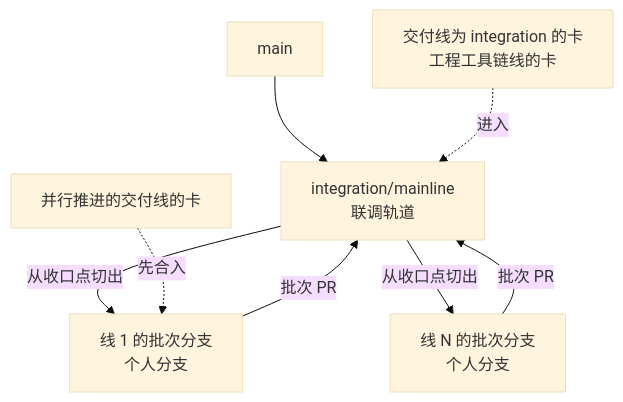
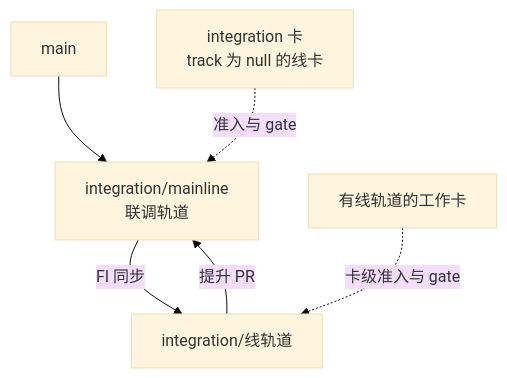
One commit to nemori-ai/omne-harness-lite changed the first of 2 diagrams in docs/engineering/integration.md. Above: the diagram before and after it, drawn with Mermaid (base theme). The commit also changed other lines of this file and 22 other files, not shown here.

````diff
--- a/docs/engineering/integration.md
+++ b/docs/engineering/integration.md
@@ -65,10 +66,8 @@
 ```mermaid
 flowchart TD
   main["main"] --> LR["integration/mainline<br/>联调轨道"]
-  LR -->|"从收口点切出"| B1["线 1 的批次分支<br/>个人分支"]
-  LR -->|"从收口点切出"| BN["线 N 的批次分支<br/>个人分支"]
-  B1 -->|"批次 PR"| LR
-  BN -->|"批次 PR"| LR
-  CL["并行推进的交付线的卡"] -. 先合入 .-> B1
-  CI["交付线为 integration 的卡<br/>工程工具链线的卡"] -. 进入 .-> LR
+  LR -->|"FI 同步"| B1["integration/线轨道"]
+  B1 -->|"提升 PR"| LR
+  CL["有线轨道的工作卡"] -. "卡级准入与 gate" .-> B1
+  CI["integration 卡<br/>track 为 null 的线卡"] -. "准入与 gate" .-> LR
 ```
````
